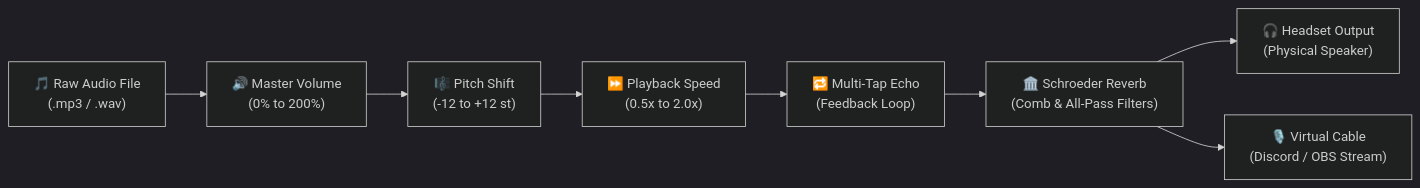
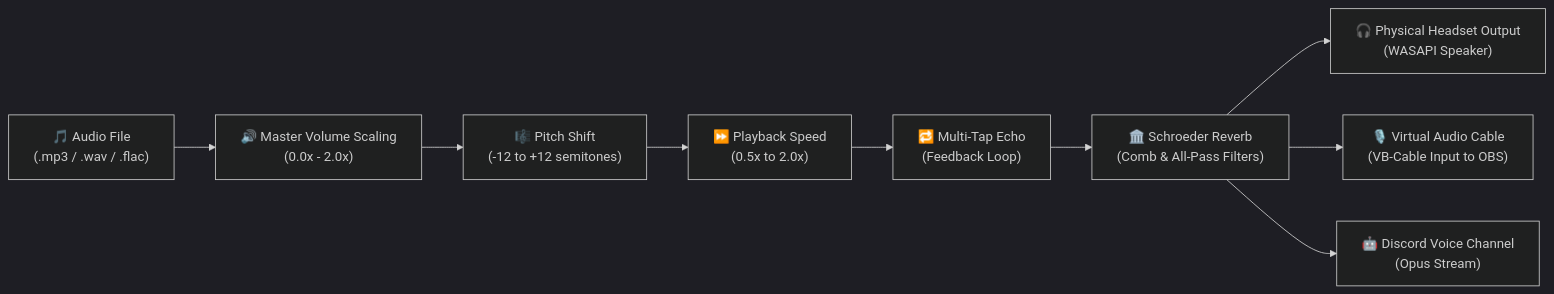
One commit to SinaDadvand/soundboard_app changed the second of 2 diagrams in README.md. Above: the diagram before and after it, drawn with Mermaid (dark theme). The commit also changed other lines of this file and 2 other files, not shown here.

First line of the commit message:
docs: add interactive README with architecture diagrams & guide

````diff
--- a/README.md
+++ b/README.md
@@ -60,10 +98,11 @@
 ```mermaid
 flowchart LR
-    In["🎵 Raw Audio File\n(.mp3 / .wav)"] --> Gain["🔊 Master Volume\n(0% to 200%)"]
-    Gain --> Pitch["🎼 Pitch Shift\n(-12 to +12 st)"]
+    AudioFile["🎵 Audio File\n(.mp3 / .wav / .flac)"] --> Gain["🔊 Master Volume Scaling\n(0.0x - 2.0x)"]
+    Gain --> Pitch["🎼 Pitch Shift\n(-12 to +12 semitones)"]
     Pitch --> Speed["⏩ Playback Speed\n(0.5x to 2.0x)"]
     Speed --> Echo["🔁 Multi-Tap Echo\n(Feedback Loop)"]
     Echo --> Reverb["🏛️ Schroeder Reverb\n(Comb & All-Pass Filters)"]
-    Reverb --> Out1["🎧 Headset Output\n(Physical Speaker)"]
-    Reverb --> Out2["🎙️ Virtual Cable\n(Discord / OBS Stream)"]
+    Reverb --> Output1["🎧 Physical Headset Output\n(WASAPI Speaker)"]
+    Reverb --> Output2["🎙️ Virtual Audio Cable\n(VB-Cable Input to OBS)"]
+    Reverb --> Output3["🤖 Discord Voice Channel\n(Opus Stream)"]
 ```
````
